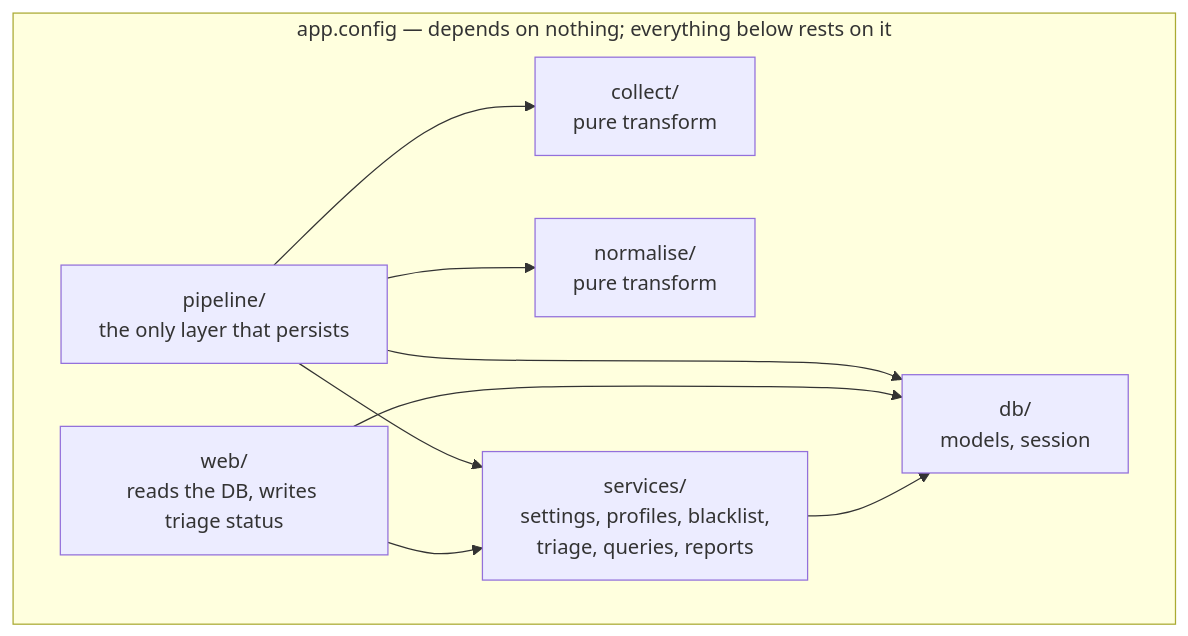
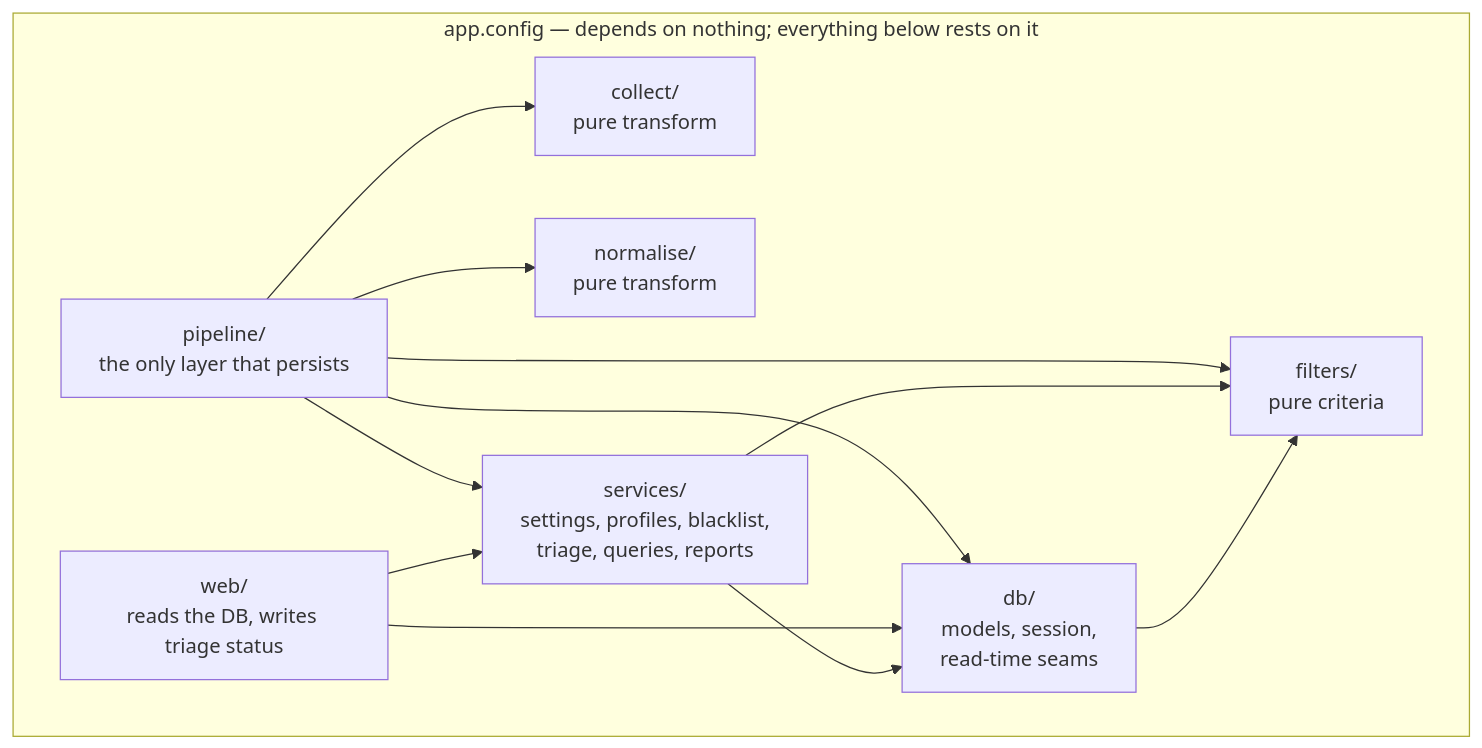
One commit to MoKenawy/Automatic-Job-search changed the second of 2 diagrams in README.md. Above: the diagram before and after it, drawn with Mermaid. The commit also changed other lines of this file and 4 other files, not shown here.

First line of the commit message:
docs: document the filter stage in the README and architecture

````diff
--- a/README.md
+++ b/README.md
@@ -101,19 +139,23 @@
 ```mermaid
 flowchart TD
     subgraph app["app.config — depends on nothing; everything below rests on it"]
         web["web/<br>reads the DB, writes triage status"]
         pipeline["pipeline/<br>the only layer that persists"]
         services["services/<br>settings, profiles, blacklist,<br>triage, queries, reports"]
-        db["db/<br>models, session"]
+        db["db/<br>models, session,<br>read-time seams"]
         collect["collect/<br>pure transform"]
         normalise["normalise/<br>pure transform"]
+        filters["filters/<br>pure criteria"]
     end
 
     pipeline --> collect
     pipeline --> normalise
+    pipeline --> filters
     pipeline --> services
     pipeline --> db
     web --> services
     web --> db
     services --> db
+    services --> filters
+    db --> filters
 ```
````
